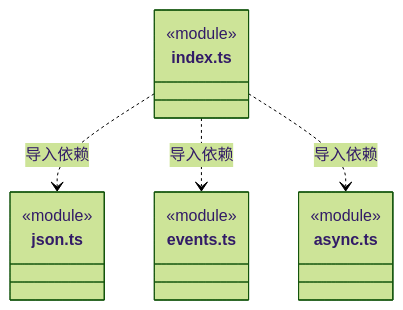
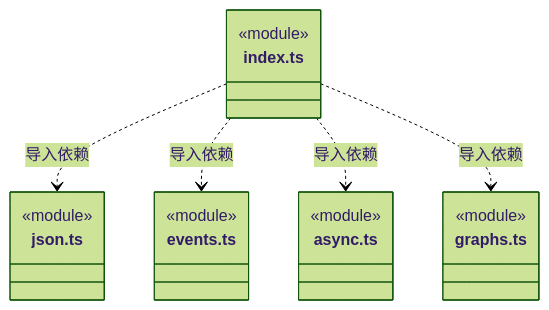
Before and after one commit to nan023062/cbim: the seventh of 7 diagrams in src/frontend/foundations/utility/ARCHITECTURE.md, drawn with Mermaid (forest theme). The commit also changed other lines of this file and 18 other files, not shown here.

Commit message:
refactor(frontend): extract directed graph ranking utility

````diff
--- a/src/frontend/foundations/utility/ARCHITECTURE.md
+++ b/src/frontend/foundations/utility/ARCHITECTURE.md
@@ -78,18 +105,22 @@
 ```mermaid
 classDiagram
 class N_src_frontend_foundations_utility_index_ts["index.ts"] {
   <<module>>
 }
 class N_src_frontend_foundations_utility_json_ts["json.ts"] {
   <<module>>
 }
 class N_src_frontend_foundations_utility_events_ts["events.ts"] {
   <<module>>
 }
 class N_src_frontend_foundations_utility_async_ts["async.ts"] {
   <<module>>
 }
+class N_src_frontend_foundations_utility_graphs_ts["graphs.ts"] {
+  <<module>>
+}
 N_src_frontend_foundations_utility_index_ts ..> N_src_frontend_foundations_utility_json_ts : 导入依赖
 N_src_frontend_foundations_utility_index_ts ..> N_src_frontend_foundations_utility_events_ts : 导入依赖
 N_src_frontend_foundations_utility_index_ts ..> N_src_frontend_foundations_utility_async_ts : 导入依赖
+N_src_frontend_foundations_utility_index_ts ..> N_src_frontend_foundations_utility_graphs_ts : 导入依赖
 ```
````
